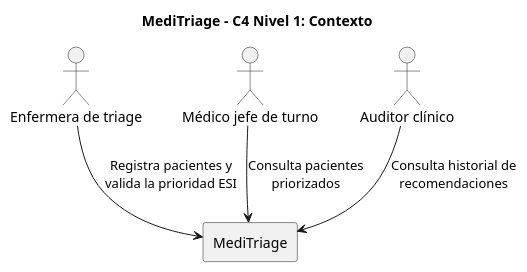
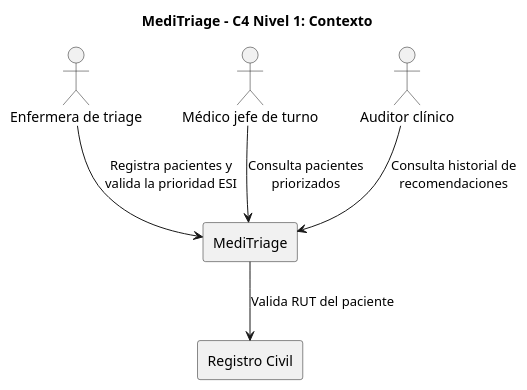
One commit to constanzavaldiviadiaz-svg/meditriage changed the diagram in docs/c4/l1-context.puml. Above: the diagram before and after it, drawn with PlantUML.

Commit message:
Add Registro Civil rectangle and validation link

```diff
--- a/docs/c4/l1-context.puml
+++ b/docs/c4/l1-context.puml
@@ -1,14 +1,18 @@
 @startuml
 title MediTriage - C4 Nivel 1: Contexto
 
 actor "Enfermera de triage" as enfermera
 actor "Médico jefe de turno" as medico
 actor "Auditor clínico" as auditor
 
 rectangle "MediTriage" as meditriage
 
+rectangle "Registro Civil" as registro
+
 enfermera --> meditriage : Registra pacientes y\nvalida la prioridad ESI
 medico --> meditriage : Consulta pacientes\npriorizados
 auditor --> meditriage : Consulta historial de\nrecomendaciones
 
+meditriage --> registro : Valida RUT del paciente
+
 @enduml
```
